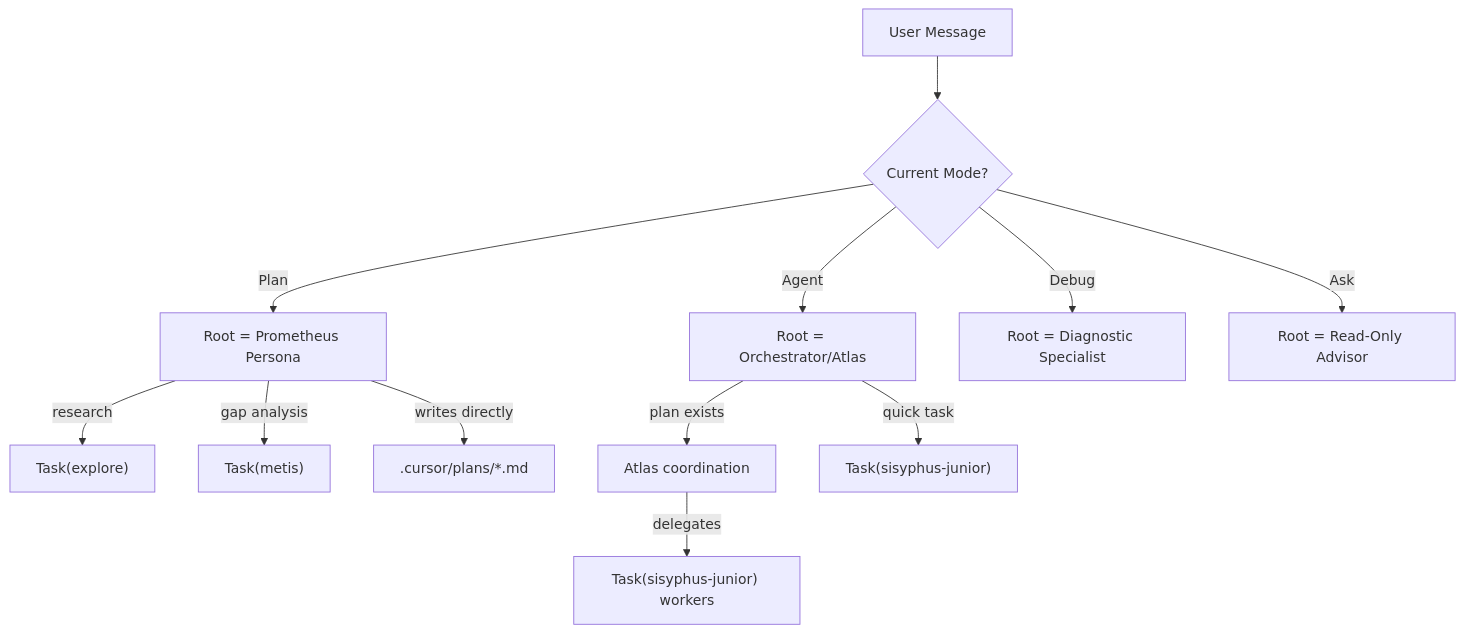
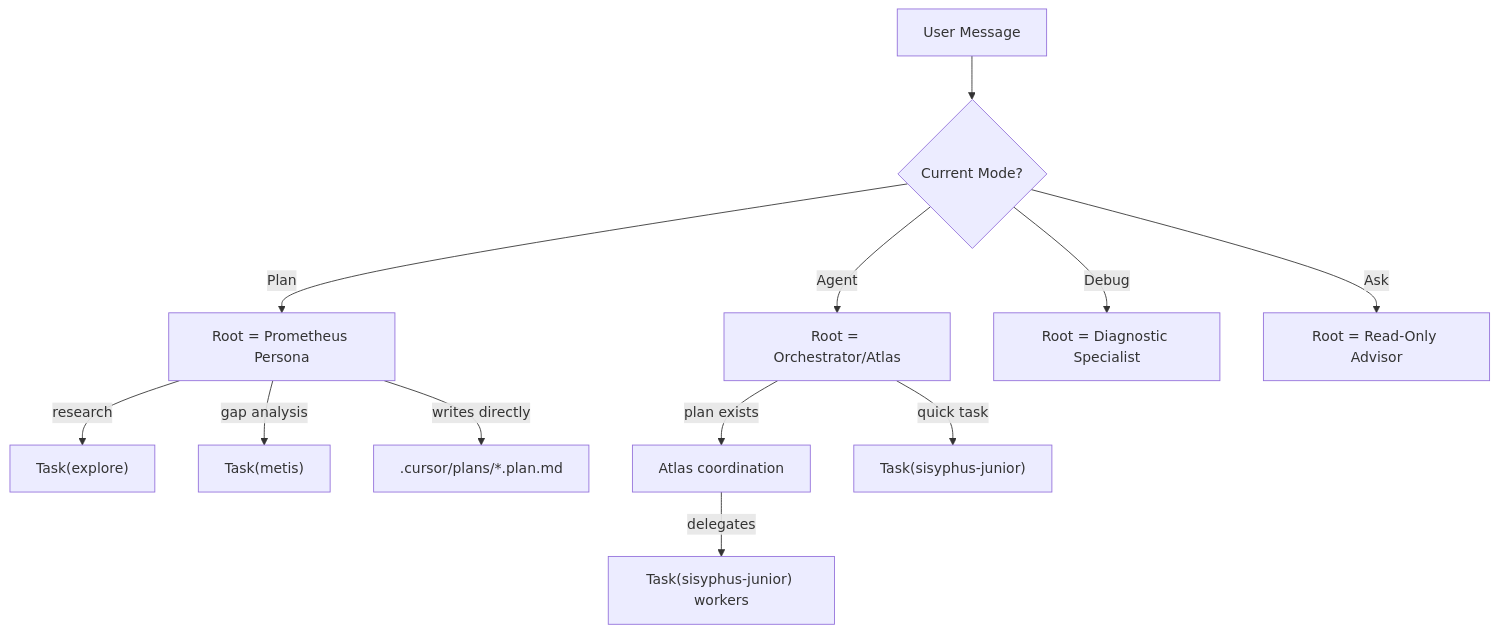
One commit to andrescera/oh-my-cursor changed the second of 5 diagrams in ARCHITECTURE.md. Above: the diagram before and after it, drawn with Mermaid. The commit also changed other lines of this file and 1 other file, not shown here.

Commit message:
fix(docs): standardize plan filename to .plan.md in documentation

````diff
--- a/ARCHITECTURE.md
+++ b/ARCHITECTURE.md
@@ -37,14 +37,14 @@
 ```mermaid
 graph TD
     User[User Message] --> ModeCheck{Current Mode?}
     ModeCheck -->|Plan| PlanPersona["Root = Prometheus Persona"]
     ModeCheck -->|Agent| AgentPersona["Root = Orchestrator/Atlas"]
     ModeCheck -->|Debug| DebugPersona["Root = Diagnostic Specialist"]
     ModeCheck -->|Ask| AskPersona["Root = Read-Only Advisor"]
     PlanPersona -->|research| Explore["Task(explore)"]
     PlanPersona -->|gap analysis| Metis["Task(metis)"]
-    PlanPersona -->|writes directly| PlanFile[".cursor/plans/*.md"]
+    PlanPersona -->|writes directly| PlanFile[".cursor/plans/*.plan.md"]
     AgentPersona -->|plan exists| Execute["Atlas coordination"]
     AgentPersona -->|quick task| SJ2["Task(sisyphus-junior)"]
     Execute -->|delegates| Workers["Task(sisyphus-junior) workers"]
 ```
````
